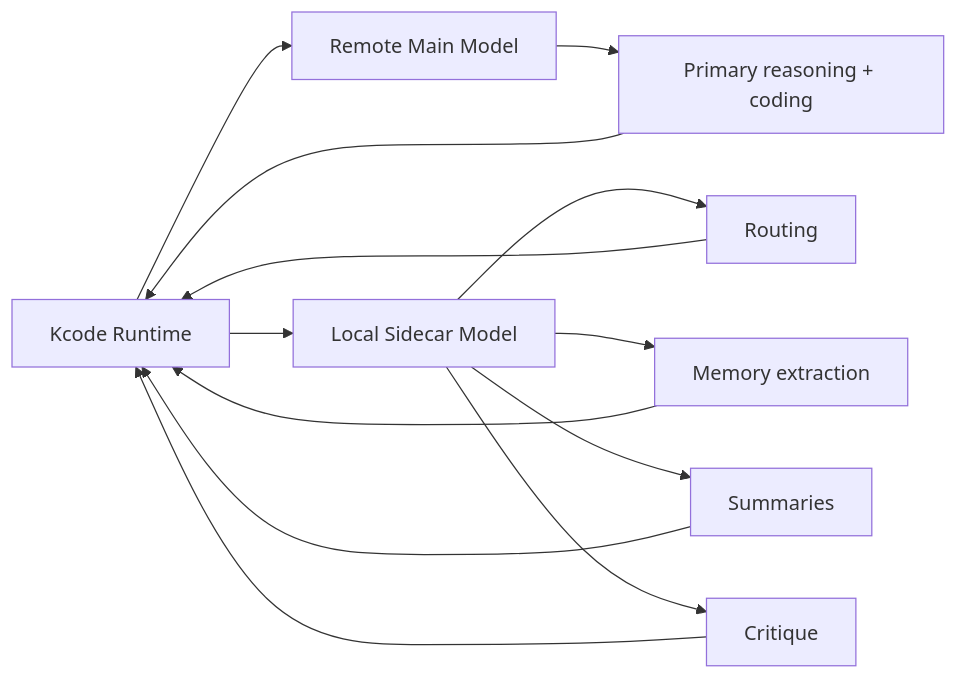
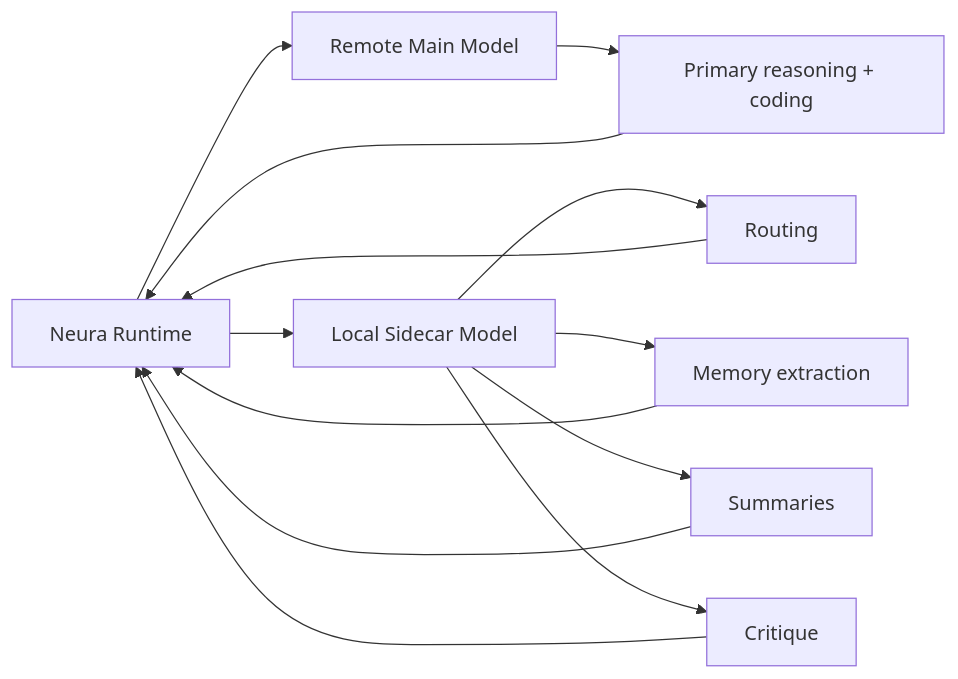
The eighth of 9 diagrams in docs/ru.md (icedmoca/neura), drawn with Mermaid before and after one commit. The commit also changed other lines of this file and 562 other files, not shown here.

Commit message:
Rename Kcode to Neura

````diff
--- a/docs/ru.md
+++ b/docs/ru.md
@@ -260,15 +260,15 @@
 ```mermaid
 flowchart LR
-    K[Kcode Runtime] --> Main[Remote Main Model]
+    K[Neura Runtime] --> Main[Remote Main Model]
     K --> Sidecar[Local Sidecar Model]
     Sidecar --> Route[Routing]
     Sidecar --> Mem[Memory extraction]
     Sidecar --> Sum[Summaries]
     Sidecar --> Critique[Critique]
     Main --> Reason[Primary reasoning + coding]
     Reason --> K
     Route --> K
     Mem --> K
     Sum --> K
     Critique --> K
 ```
````
